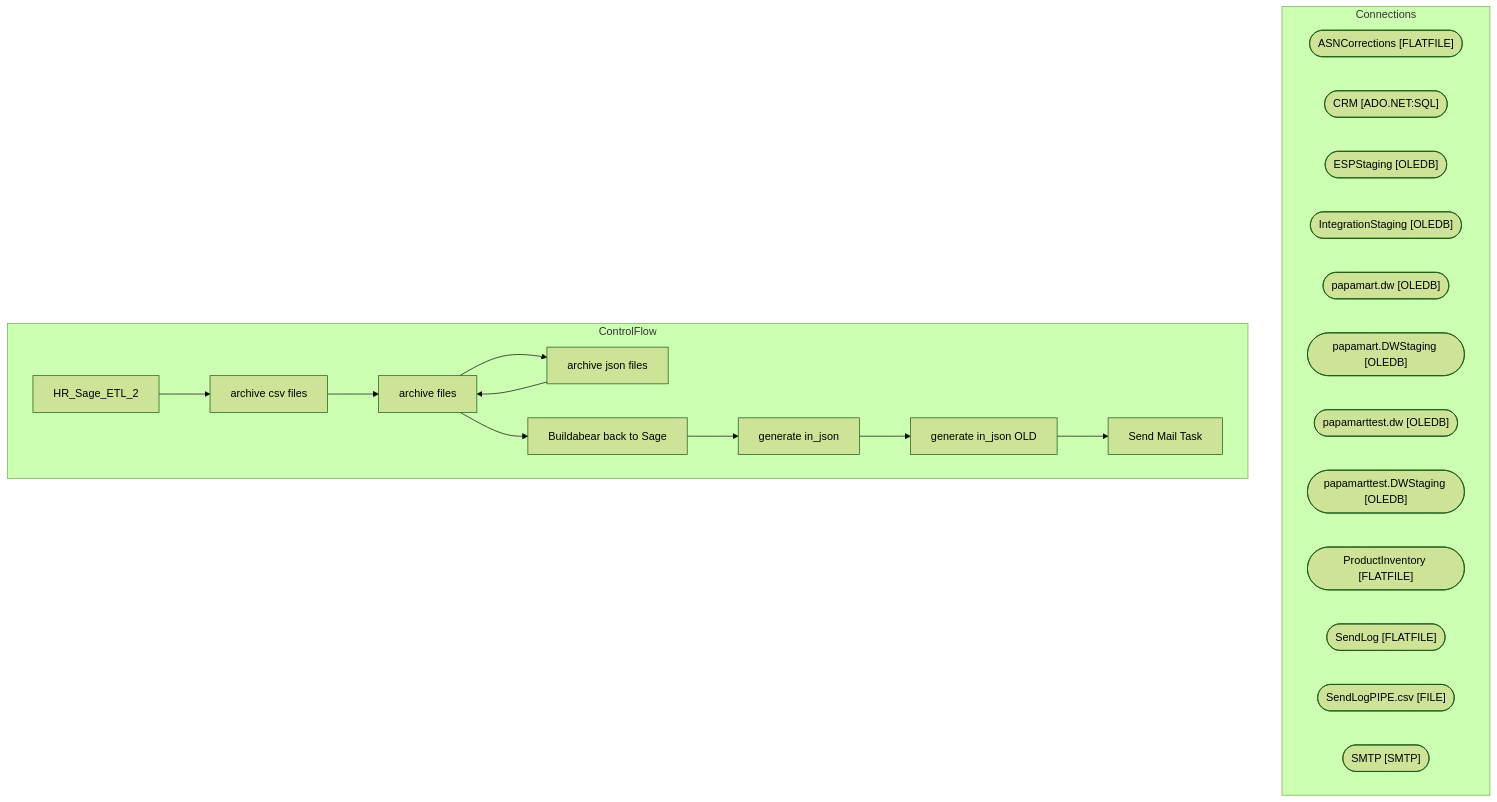
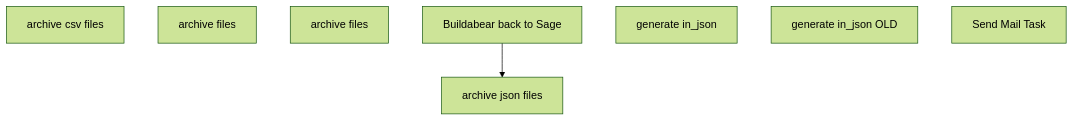
One commit to juanandresbrain/BABSkills changed the diagram in bab-docs-explorer/Documentation/STL-SSIS-P-01/SSIS/HR/HR_Sage_ETL2.HR_Sage_ETL_2.md. Above: the diagram before and after it, drawn with Mermaid (forest theme). The commit also changed other lines of this file and 273 other files, not shown here.

````diff
--- a/bab-docs-explorer/Documentation/STL-SSIS-P-01/SSIS/HR/HR_Sage_ETL2.HR_Sage_ETL_2.md
+++ b/bab-docs-explorer/Documentation/STL-SSIS-P-01/SSIS/HR/HR_Sage_ETL2.HR_Sage_ETL_2.md
@@ -9,36 +53,12 @@
 ```mermaid
 flowchart TD
-    subgraph Connections
-        ASNCorrections_conn(["ASNCorrections [FLATFILE]"])
-        CRM_conn(["CRM [ADO.NET:SQL]"])
-        ESPStaging_conn(["ESPStaging [OLEDB]"])
-        IntegrationStaging_conn(["IntegrationStaging [OLEDB]"])
-        papamart_dw_conn(["papamart.dw [OLEDB]"])
-        papamart_DWStaging_conn(["papamart.DWStaging [OLEDB]"])
-        papamarttest_dw_conn(["papamarttest.dw [OLEDB]"])
-        papamarttest_DWStaging_conn(["papamarttest.DWStaging [OLEDB]"])
-        ProductInventory_conn(["ProductInventory [FLATFILE]"])
-        SendLog_conn(["SendLog [FLATFILE]"])
-        SendLogPIPE_csv_conn(["SendLogPIPE.csv [FILE]"])
-        SMTP_conn(["SMTP [SMTP]"])
-    end
-    subgraph ControlFlow
-        HR_Sage_ETL_2_task["HR_Sage_ETL_2"]
-        archive_csv_files_task["archive csv files"]
-        HR_Sage_ETL_2_task --> archive_csv_files_task
-        archive_files_task["archive files"]
-        archive_csv_files_task --> archive_files_task
-        archive_json_files_task["archive json files"]
-        archive_files_task --> archive_json_files_task
-        archive_files_task["archive files"]
-        archive_json_files_task --> archive_files_task
-        Buildabear_back_to_Sage_task["Buildabear back to Sage"]
-        archive_files_task --> Buildabear_back_to_Sage_task
-        generate_in_json_task["generate in_json"]
-        Buildabear_back_to_Sage_task --> generate_in_json_task
-        generate_in_json_OLD_task["generate in_json OLD"]
-        generate_in_json_task --> generate_in_json_OLD_task
-        Send_Mail_Task_task["Send Mail Task"]
-        generate_in_json_OLD_task --> Send_Mail_Task_task
-    end
+    n_Package_archive_csv_files["archive csv files"]
+    n_Package_archive_csv_files_archive_files["archive files"]
+    n_Package_archive_json_files["archive json files"]
+    n_Package_archive_json_files_archive_files["archive files"]
+    n_Package_Buildabear_back_to_Sage["Buildabear back to Sage"]
+    n_Package_Buildabear_back_to_Sage_generate_in_json["generate in_json"]
+    n_Package_generate_in_json_OLD["generate in_json OLD"]
+    n_Package_EventHandlers_OnError__Send_Mail_Task["Send Mail Task"]
+    n_Package_Buildabear_back_to_Sage --> n_Package_archive_json_files
 ```
````
